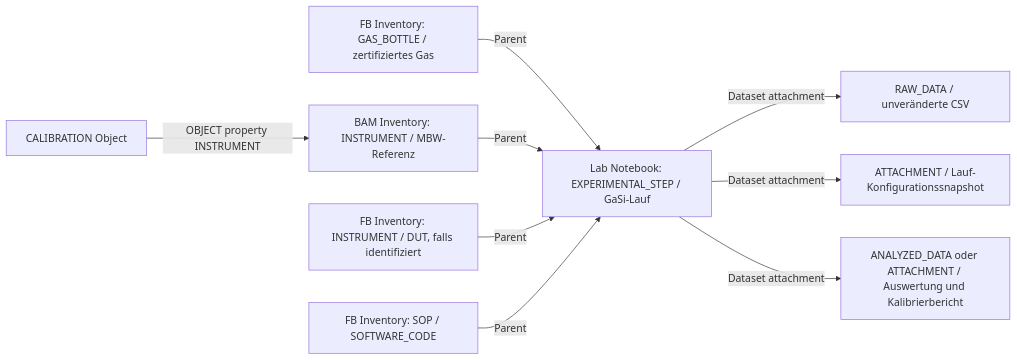
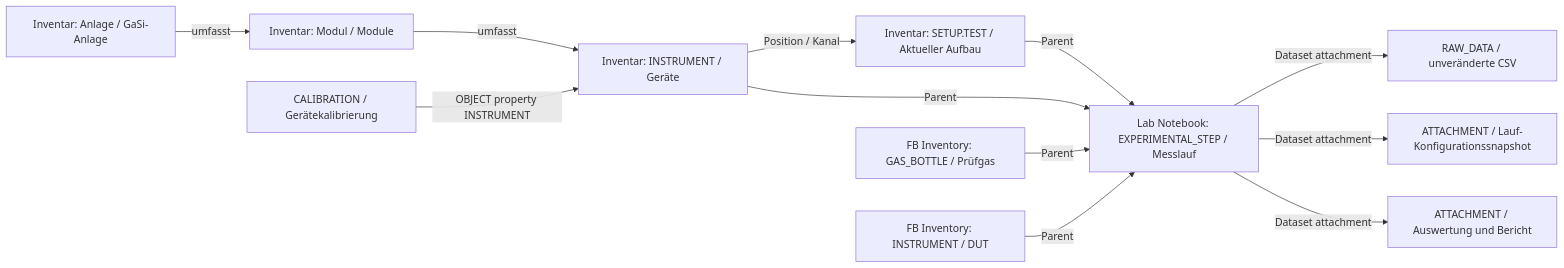
One commit to pneumann1980/gasi-openbis changed the diagram in docs/GaSi_Datenmodell.md. Above: the diagram before and after it, drawn with Mermaid. The commit also changed other lines of this file and 3 other files, not shown here.

````diff
--- a/docs/GaSi_Datenmodell.md
+++ b/docs/GaSi_Datenmodell.md
@@ -108,11 +71,14 @@
 ```mermaid
 flowchart LR
-    G[FB Inventory: GAS_BOTTLE / zertifiziertes Gas] -->|Parent| R[Lab Notebook: EXPERIMENTAL_STEP / GaSi-Lauf]
-    I[BAM Inventory: INSTRUMENT / MBW-Referenz] -->|Parent| R
-    D[FB Inventory: INSTRUMENT / DUT, falls identifiziert] -->|Parent| R
-    S[FB Inventory: SOP / SOFTWARE_CODE] -->|Parent| R
+    A[Inventar: Anlage / GaSi-Anlage] -->|umfasst| M[Inventar: Modul / Module]
+    M -->|umfasst| I[Inventar: INSTRUMENT / Geräte]
+    I -->|Position / Kanal| S[Inventar: SETUP.TEST / Aktueller Aufbau]
+    S -->|Parent| R[Lab Notebook: EXPERIMENTAL_STEP / Messlauf]
+    I -->|Parent| R
+    G[FB Inventory: GAS_BOTTLE / Prüfgas] -->|Parent| R
+    D[FB Inventory: INSTRUMENT / DUT] -->|Parent| R
     R -->|Dataset attachment| CSV[RAW_DATA / unveränderte CSV]
     R -->|Dataset attachment| CFG[ATTACHMENT / Lauf-Konfigurationssnapshot]
-    R -->|Dataset attachment| RES[ANALYZED_DATA oder ATTACHMENT / Auswertung und Kalibrierbericht]
-    C[CALIBRATION Object] -->|OBJECT property INSTRUMENT| I
+    R -->|Dataset attachment| RES[ATTACHMENT / Auswertung und Bericht]
+    C[CALIBRATION / Gerätekalibrierung] -->|OBJECT property INSTRUMENT| I
 ```
````
